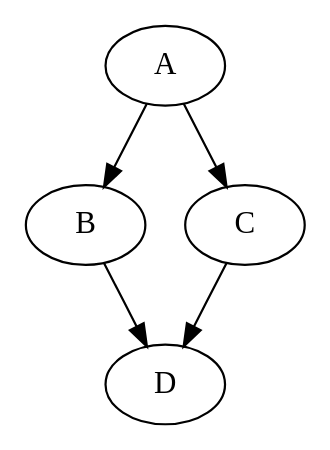
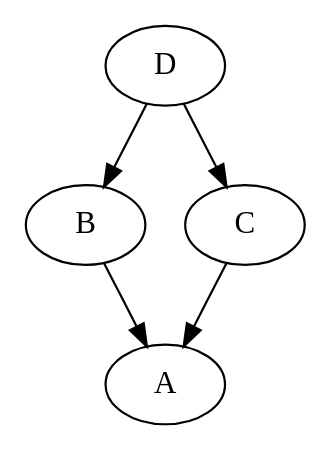
The diagram in notebooks_and_scripts/workflow/patterns/a-bc-d.dot (kamangir/notebooks-and-scripts), drawn with Graphviz before and after one commit. The commit also changed 3 other files, not shown here.

```diff
--- a/notebooks_and_scripts/workflow/patterns/a-bc-d.dot
+++ b/notebooks_and_scripts/workflow/patterns/a-bc-d.dot
@@ -1,8 +1,8 @@
 digraph G {
-    A -> B;
-    A -> C;
+    D -> B;
+    D -> C;
 
-    B -> D;
+    B -> A;
 
-    C -> D;
+    C -> A;
 }
```
